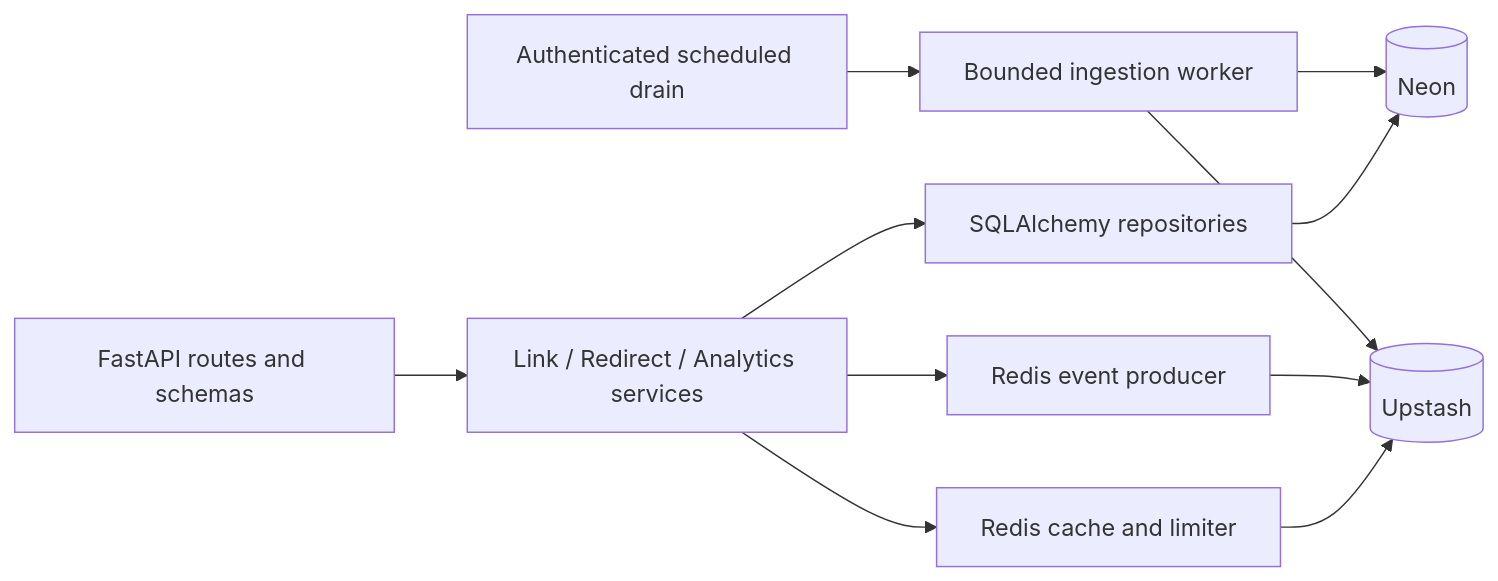
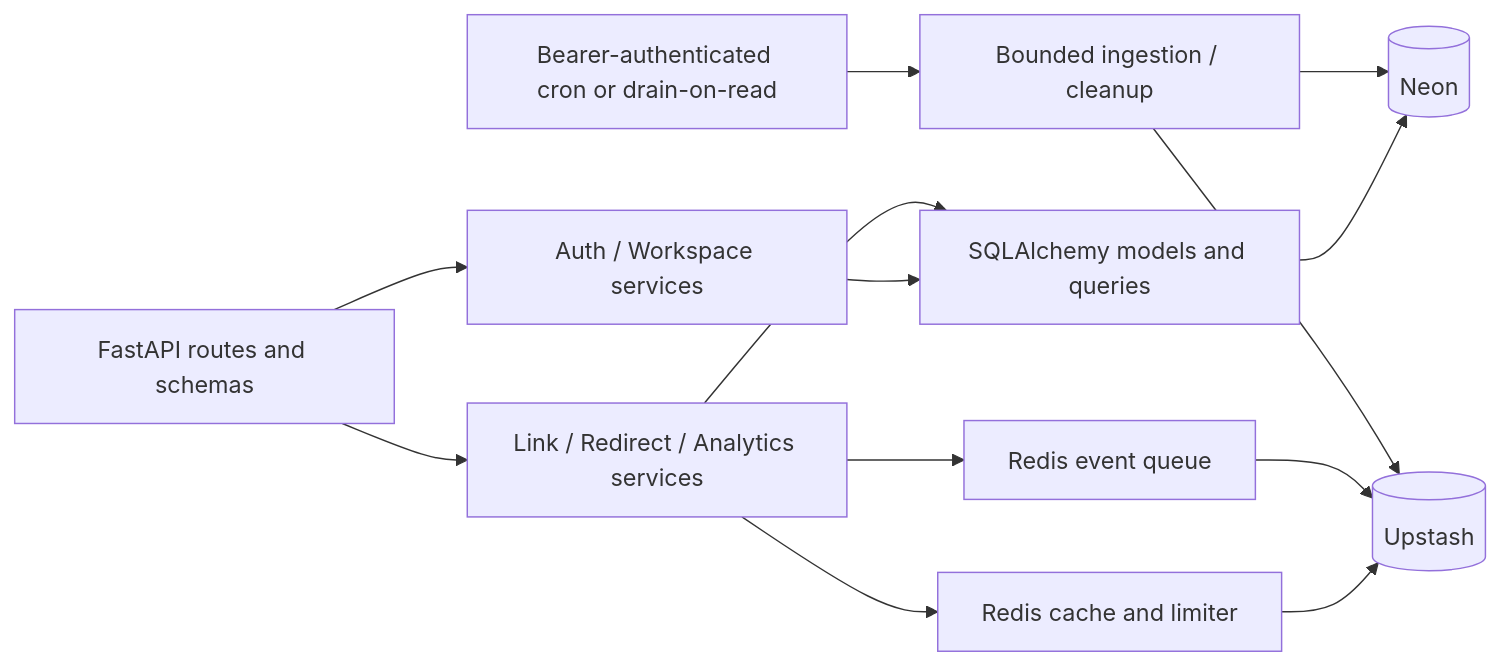
Before and after one commit to sarankumar1325/url-shortner: the first of 2 diagrams in docs/backend/architecture.md, drawn with Mermaid. The commit also changed other lines of this file and 19 other files, not shown here.

````diff
--- a/docs/backend/architecture.md
+++ b/docs/backend/architecture.md
@@ -9,13 +9,15 @@
 ```mermaid
 flowchart LR
-    HTTP[FastAPI routes and schemas] --> Services[Link / Redirect / Analytics services]
-    Services --> SQL[SQLAlchemy repositories]
+    HTTP[FastAPI routes and schemas] --> Auth[Auth / Workspace services]
+    HTTP --> Services[Link / Redirect / Analytics services]
+    Auth --> SQL[SQLAlchemy models and queries]
+    Services --> SQL
     Services --> Cache[Redis cache and limiter]
-    Services --> Stream[Redis event producer]
+    Services --> Stream[Redis event queue]
     SQL --> PG[(Neon)]
     Cache --> Redis[(Upstash)]
     Stream --> Redis
-    Job[Authenticated scheduled drain] --> Worker[Bounded ingestion worker]
+    Cron[Bearer-authenticated cron or drain-on-read] --> Worker[Bounded ingestion / cleanup]
     Worker --> Redis
     Worker --> PG
 ```
````
